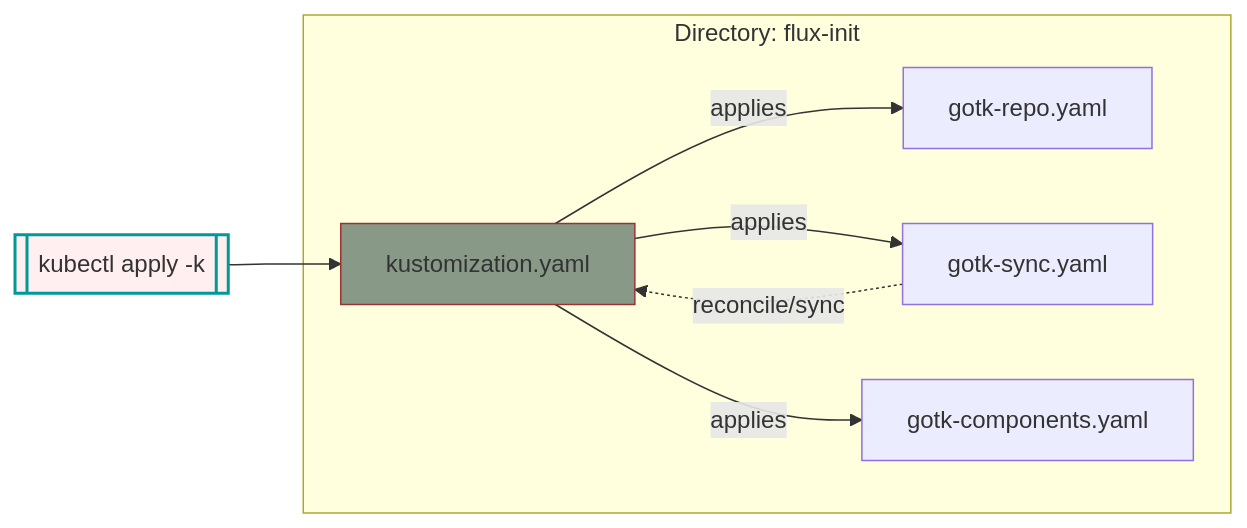
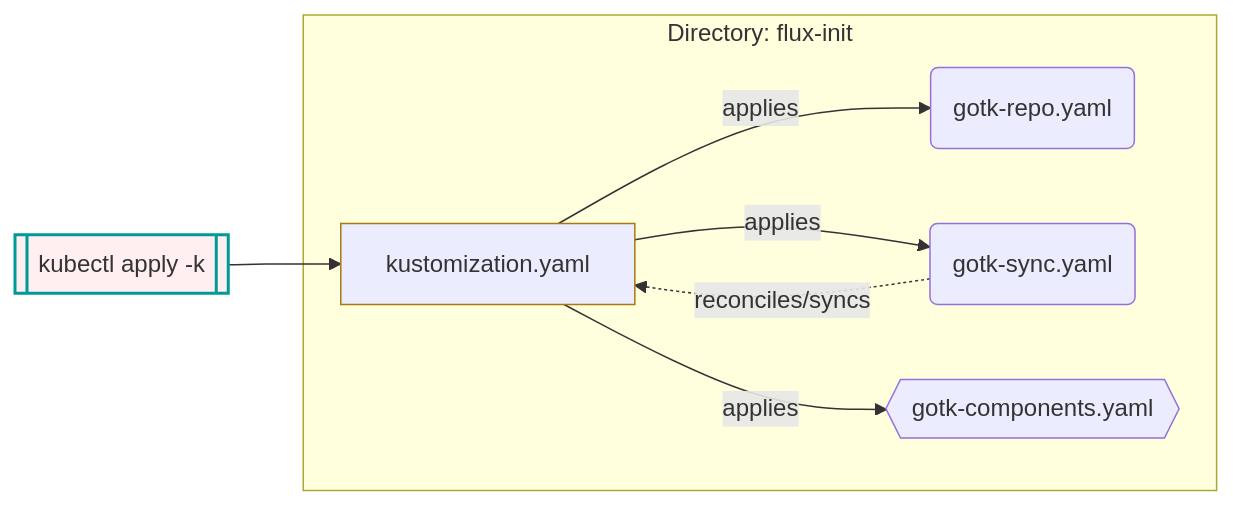
One commit to retaildevcrews/ngsa-asb changed the second of 3 diagrams in docs/FluxDirStructure.md. Above: the diagram before and after it, drawn with Mermaid. The commit also changed other lines of this file, not shown here.

Commit message:
Added bootstrap flowchart

````diff
--- a/docs/FluxDirStructure.md
+++ b/docs/FluxDirStructure.md
@@ -25,15 +99,14 @@
 ```mermaid
-
 flowchart LR
-    classDef k8s fill:#889988,stroke:#933
+    classDef k8s stroke:#a71
+    classDef other stroke:#691
     classDef start fill:#f121,stroke:#099,stroke-width:2px;
     apply[["kubectl apply -k"]]:::start --> k8skust[kustomization.yaml]:::k8s
 
     subgraph "Directory: flux-init"
-        k8skust -->|applies| repo[gotk-repo.yaml]
-        k8skust -->|applies| sync[gotk-sync.yaml]
-        k8skust -->|applies| comp[gotk-components.yaml]
-        sync    -.reconcile/sync.-> k8skust
+        k8skust -->|applies| repo(gotk-repo.yaml)
+        k8skust -->|applies| sync(gotk-sync.yaml)
+        k8skust -->|applies| comp{{gotk-components.yaml}}
+        sync    -.reconciles/syncs.-> k8skust
     end
-
 ```
````
